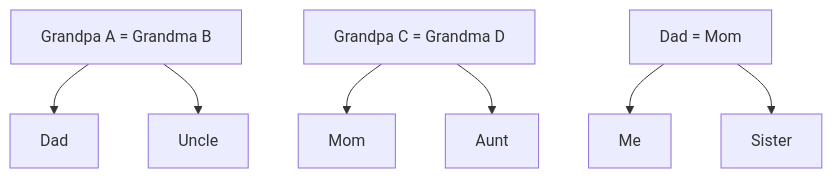
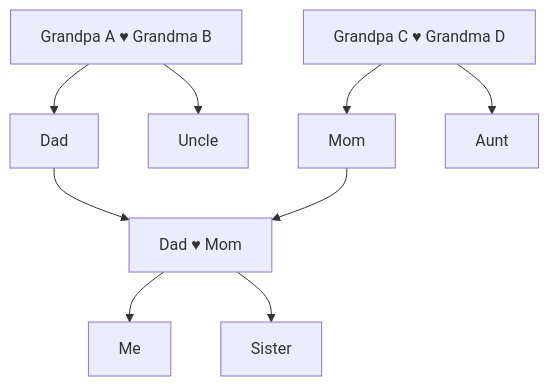
One commit to san650/ancestry changed the first of 13 diagrams in lib/ancestry/people/CLAUDE.md. Above: the diagram before and after it, drawn with Mermaid. The commit also changed other lines of this file, not shown here.

Commit message:
Improve the graphs

````diff
--- a/lib/ancestry/people/CLAUDE.md
+++ b/lib/ancestry/people/CLAUDE.md
@@ -33,12 +33,13 @@
 ```mermaid
-graph TD
-    GP_A["Grandpa A = Grandma B"]
-    MGP["Grandpa C = Grandma D"]
-    Parents["Dad = Mom"]
+flowchart TD
+    GP_A["Grandpa A ♥ Grandma B"]
+    MGP["Grandpa C ♥ Grandma D"]
     GP_A --> Dad
     GP_A --> Uncle
     MGP --> Mom
     MGP --> Aunt
+    Dad --> Parents["Dad ♥ Mom"]
+    Mom --> Parents
     Parents --> Me
     Parents --> Sister
 ```
````
